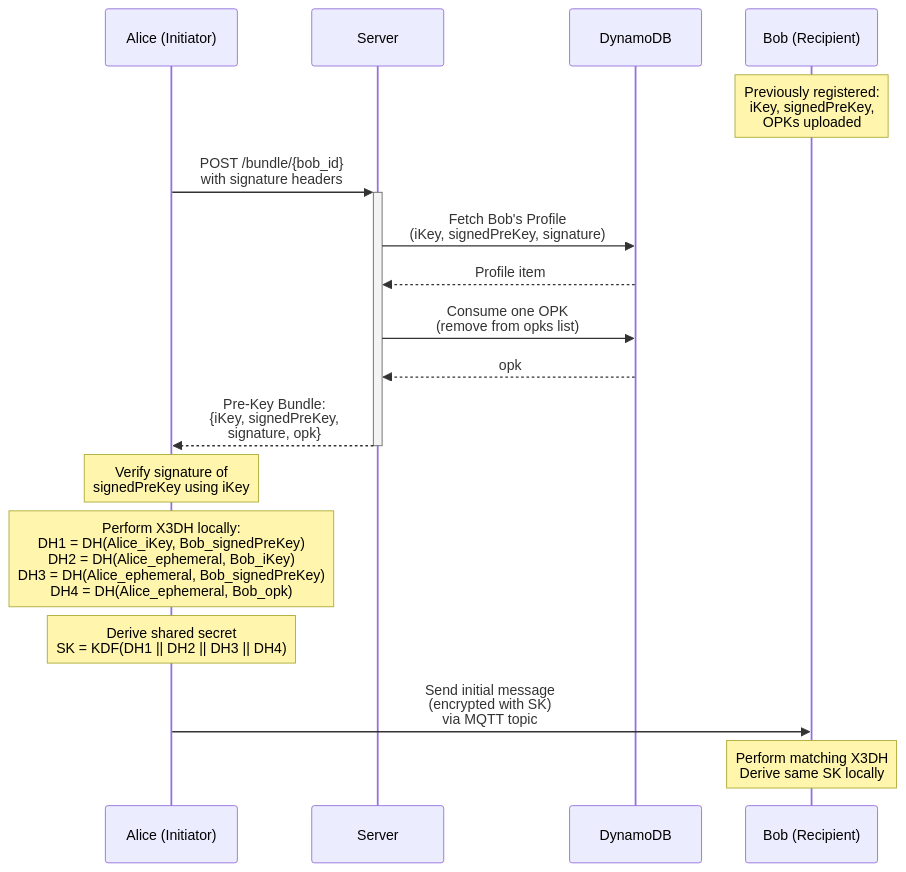
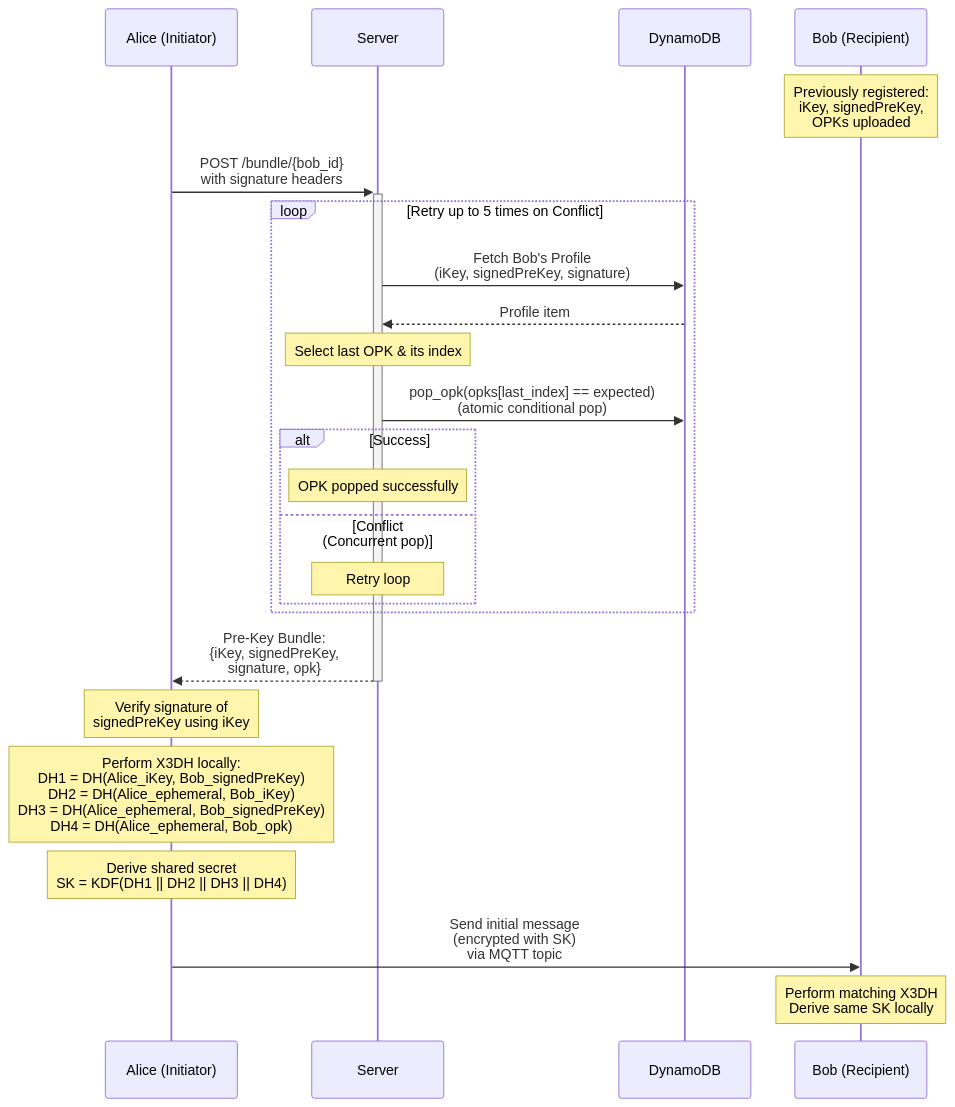
The sixth of 7 diagrams in docs/cryptographic_flows.md (debarkamondal/khamoshchat-api), drawn with Mermaid before and after one commit. The commit also changed other lines of this file and 5 other files, not shown here.

Commit message:
feat: add retry logic for OPK consumption, tighten timestamp drift to 10s, and implement Redis-based replay protection for FCM updates.

````diff
--- a/docs/cryptographic_flows.md
+++ b/docs/cryptographic_flows.md
@@ -201,29 +217,38 @@
 ```mermaid
 sequenceDiagram
     participant A as Alice (Initiator)
     participant S as Server
     participant D as DynamoDB
     participant B as Bob (Recipient)
 
     Note over B: Previously registered:<br/>iKey, signedPreKey,<br/>OPKs uploaded
 
     A->>+S: POST /bundle/{bob_id}<br/>with signature headers
 
-    S->>D: Fetch Bob's Profile<br/>(iKey, signedPreKey, signature)
-    D-->>S: Profile item
+    loop Retry up to 5 times on Conflict
+        S->>D: Fetch Bob's Profile<br/>(iKey, signedPreKey, signature)
+        D-->>S: Profile item
 
-    S->>D: Consume one OPK<br/>(remove from opks list)
-    D-->>S: opk
+        Note over S: Select last OPK & its index
+
+        S->>D: pop_opk(opks[last_index] == expected)<br/>(atomic conditional pop)
+        
+        alt Success
+            Note over S: OPK popped successfully
+        else Conflict (Concurrent pop)
+            Note over S: Retry loop
+        end
+    end
 
     S-->>-A: Pre-Key Bundle:<br/>{iKey, signedPreKey,<br/>signature, opk}
 
     Note over A: Verify signature of<br/>signedPreKey using iKey
 
     Note over A: Perform X3DH locally:<br/>DH1 = DH(Alice_iKey, Bob_signedPreKey)<br/>DH2 = DH(Alice_ephemeral, Bob_iKey)<br/>DH3 = DH(Alice_ephemeral, Bob_signedPreKey)<br/>DH4 = DH(Alice_ephemeral, Bob_opk)
 
     Note over A: Derive shared secret<br/>SK = KDF(DH1 || DH2 || DH3 || DH4)
 
     A->>B: Send initial message<br/>(encrypted with SK)<br/>via MQTT topic
 
     Note over B: Perform matching X3DH<br/>Derive same SK locally
 ```
````
